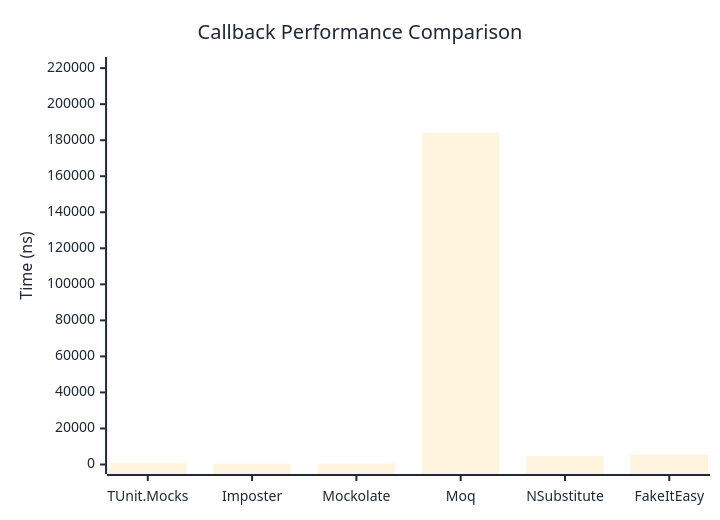
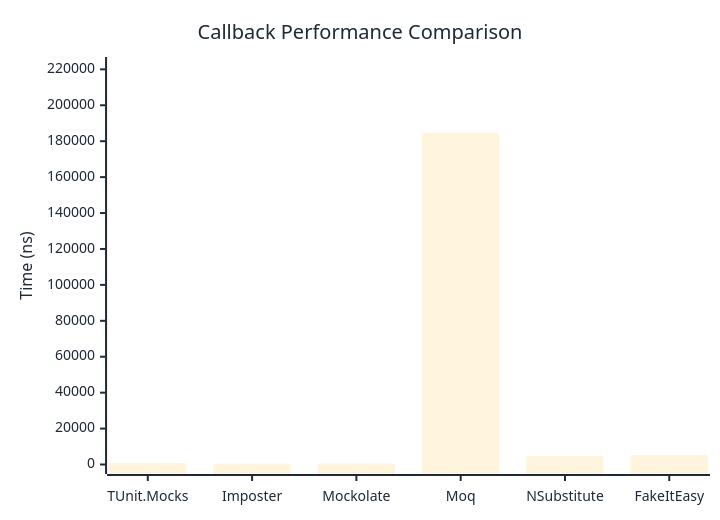
The first of 2 diagrams in docs/docs/benchmarks/mocks/Callback.md (thomhurst/TUnit), drawn with Mermaid before and after one commit. The commit also changed other lines of this file and 14 other files, not shown here.

````diff
--- a/docs/docs/benchmarks/mocks/Callback.md
+++ b/docs/docs/benchmarks/mocks/Callback.md
@@ -28,27 +28,27 @@
 ```mermaid
 %%{init: {
   'theme':'base',
   'themeVariables': {
     'primaryColor': '#2563eb',
     'primaryTextColor': '#1f2937',
     'primaryBorderColor': '#1e40af',
     'lineColor': '#6b7280',
     'secondaryColor': '#7c3aed',
     'tertiaryColor': '#dc2626',
     'background': '#ffffff',
     'pie1': '#2563eb',
     'pie2': '#7c3aed',
     'pie3': '#dc2626',
     'pie4': '#f59e0b',
     'pie5': '#10b981',
     'pie6': '#06b6d4',
     'pie7': '#ec4899',
     'pie8': '#6366f1'
   }
 }}%%
 xychart-beta
   title "Callback Performance Comparison"
   x-axis ["TUnit.Mocks", "Imposter", "Mockolate", "Moq", "NSubstitute", "FakeItEasy"]
-  y-axis "Time (ns)" 0 --> 220908
-  bar [675.7, 457.7, 510.7, 184089.7, 4677, 5482.9]
+  y-axis "Time (ns)" 0 --> 221586
+  bar [710.1, 477.8, 517.8, 184654.4, 4571.4, 5192.1]
 ```
````
